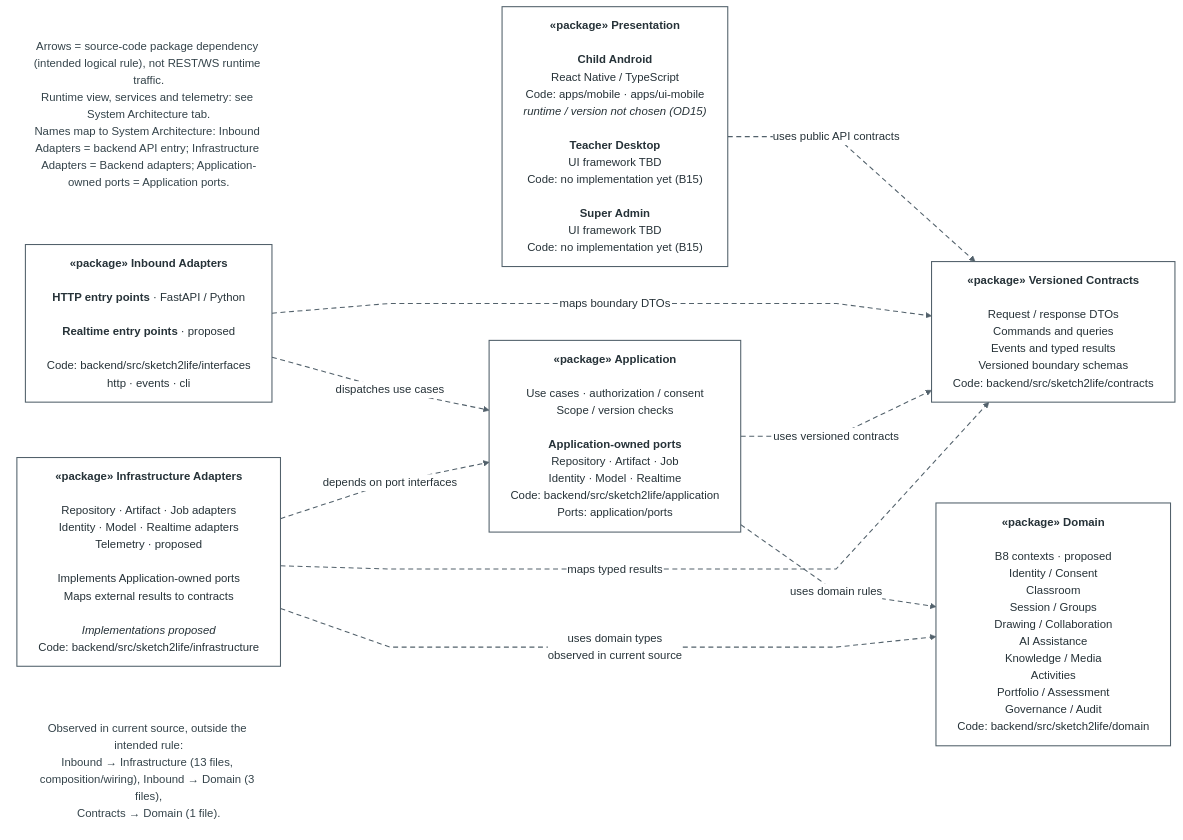
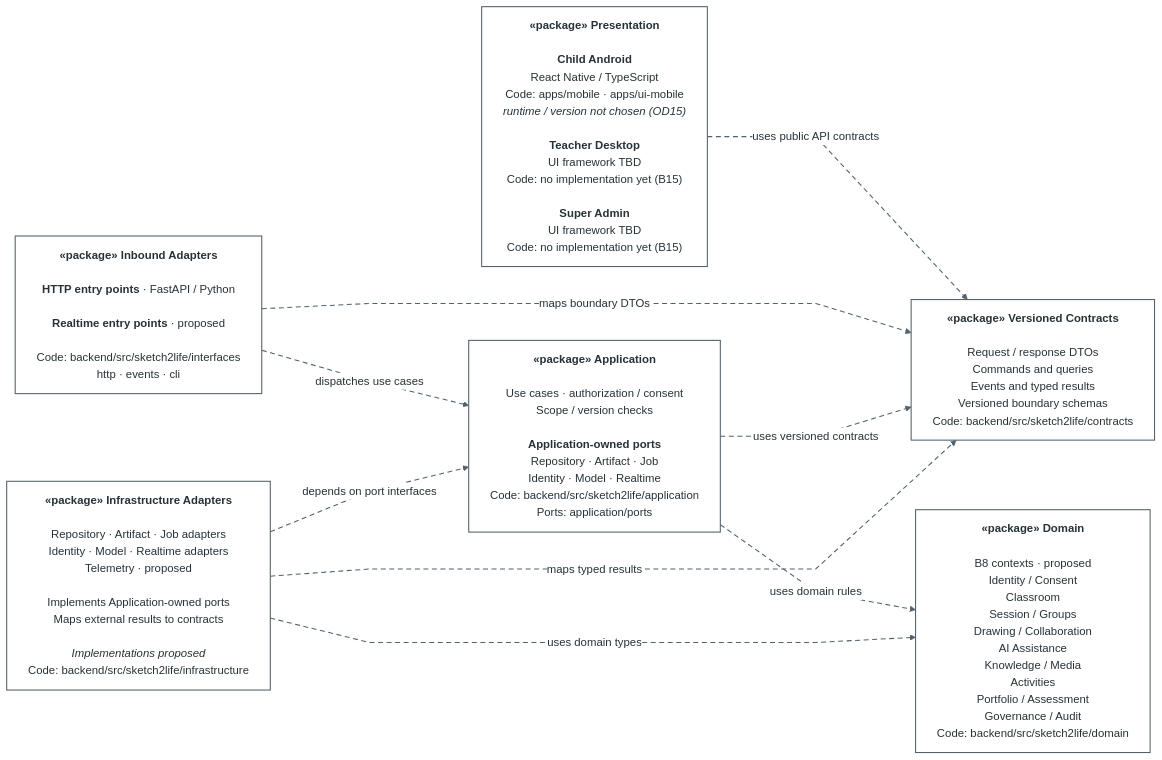
One commit to CaoDat-2410/Sketch2Life changed the diagram in features/FEAT-048-srs-diagram-pack/src/diagrams/package-diagram.mmd. Above: the diagram before and after it, drawn with Mermaid. The commit also changed 2 other files, not shown here.

Commit message:
docs(diagrams): remove standalone notes

```diff
--- a/features/FEAT-048-srs-diagram-pack/src/diagrams/package-diagram.mmd
+++ b/features/FEAT-048-srs-diagram-pack/src/diagrams/package-diagram.mmd
@@ -1,73 +1,67 @@
 ---
 config:
   theme: base
   look: classic
   flowchart:
     nodeSpacing: 60
     rankSpacing: 90
     curve: linear
     wrappingWidth: 340
   themeVariables:
     primaryColor: '#ffffff'
     primaryTextColor: '#263238'
     primaryBorderColor: '#ffffff'
     lineColor: '#52616b'
     clusterBkg: '#ffffff'
     clusterBorder: '#52616b'
     edgeLabelBackground: '#ffffff'
 ---
 %% Sketch2Life SRS v3.1 — Package Diagram, logical dependency view.
 %% SRS source: ../../../FEAT-029-master-srs/artifacts/Sketch2Life_Master_SRS.md ; B1.2/0.3, B3/B8/B15/B19.3, plus repository architecture layer/contract rules.
-%% Source register: collaborative-srs-v3-20261010. Intended logical rule plus one observed edge and an observed-deviation note.
+%% Source register: collaborative-srs-v3-20261010. Intended logical rule plus one source-observed edge; other observed deviations are excluded.
 %% Draw.io: https://drive.google.com/file/d/1j-_R792jh-I1nC5B7FHwGDm3-yixPB6x/view ; tab Package Diagram.
-%% Draw.io artifact SHA-256: da30beb20157b313b89d1f761e8db2d8f47e0a83a3ce90de9554c912dc928313; exact Drive readback verified 2026-10-24.
-%% Package page XML SHA-256: 50714aa3601f5f5ac66f1fe364a3396d1daa013a076ec7279b2d532c7f2aa465 (exact UTF-8 <diagram>...</diagram> fragment, excluding surrounding whitespace).
+%% Draw.io artifact SHA-256: 5fe0ff5a0a68d89ccd5be5e746456833d5cb5e50730a4849ca5295878151ff0e; exact Drive readback verified 2026-10-24T09:19:46.296Z; 166937 bytes.
+%% Package page XML SHA-256: 2b115983e2ca192da70d1dc9120faad340c7e6aee59c21c1e9452e95ae452528 (exact UTF-8 <diagram>...</diagram> fragment, excluding surrounding whitespace).
 %% Six packages; eight dependency signatures. Labeled package rectangles and flowchart arrow glyphs stand in for native UML folders/open dependencies.
 %% Every dashed open arrow is source-code package dependency, not REST/WS runtime traffic. No package-to-package realization is implied.
 %% Presentation relies on versioned public API contracts; this does not require shared compiled client/backend code.
 %% Domain has no dependency on UI, frameworks, providers, storage or contracts. Application owns its port interfaces.
-%% Infrastructure -> Domain is observed in current source (3 files); other observed deviations appear in the note node, not as edges.
+%% Infrastructure -> Domain is observed in current source (3 files); other observed deviations are excluded from this package view.
 %% The three product surfaces and Android React Native / TypeScript and FastAPI / Python facts are confirmed.
 %% Teacher/Admin frameworks remain TBD.
 %% Child Android, Teacher Desktop and Super Admin are confirmed surfaces. Teacher/Admin have no new implementation yet (B15).
 %% Child Android source contains apps/mobile (RN 0.87 skeleton) and apps/ui-mobile (Expo 52 / RN 0.76.9 demo); runtime/version choice remains open (OD15).
 %% B8 contexts, realtime entry points, telemetry and adapter implementations remain proposed.
 %% Contract boundary shapes are distinct from domain entities; provider/model responses must be mapped and validated.
 %% Runtime protocols, separate worker process, telemetry and provider/candidate choices remain in the System Architecture tab.
 %% Names map to System Architecture: Inbound Adapters = backend API entry; Infrastructure Adapters = Backend adapters; Application-owned ports = Application ports.
 
 flowchart LR
-    NOTE_READING["Arrows = source-code package dependency (intended logical rule), not REST/WS runtime traffic.<br/>Runtime view, services and telemetry: see System Architecture tab.<br/>Names map to System Architecture: Inbound Adapters = backend API entry; Infrastructure Adapters = Backend adapters; Application-owned ports = Application ports."]
-
     PRESENTATION["<b>«package» Presentation</b><br/><br/><b>Child Android</b><br/>React Native / TypeScript<br/><span style='color:#52616B;font-size:16px'>Code: apps/mobile · apps/ui-mobile</span><br/><i><span style='color:#52616B;font-size:16px'>runtime / version not chosen (OD15)</span></i><br/><br/><b>Teacher Desktop</b><br/>UI framework TBD<br/><span style='color:#52616B;font-size:16px'>Code: no implementation yet (B15)</span><br/><br/><b>Super Admin</b><br/>UI framework TBD<br/><span style='color:#52616B;font-size:16px'>Code: no implementation yet (B15)</span>"]
 
     INBOUND["<b>«package» Inbound Adapters</b><br/><br/><b>HTTP entry points</b> · FastAPI / Python<br/><br/><b>Realtime entry points</b> · proposed<br/><br/>Code: backend/src/sketch2life/interfaces<br/>http · events · cli"]
 
     APPLICATION["<b>«package» Application</b><br/><br/>Use cases · authorization / consent<br/>Scope / version checks<br/><br/><b>Application-owned ports</b><br/>Repository · Artifact · Job<br/>Identity · Model · Realtime<br/>Code: backend/src/sketch2life/application<br/>Ports: application/ports"]
 
     DOMAIN["<b>«package» Domain</b><br/><br/>B8 contexts · proposed<br/>Identity / Consent<br/>Classroom<br/>Session / Groups<br/>Drawing / Collaboration<br/>AI Assistance<br/>Knowledge / Media<br/>Activities<br/>Portfolio / Assessment<br/>Governance / Audit<br/>Code: backend/src/sketch2life/domain"]
 
     CONTRACTS["<b>«package» Versioned Contracts</b><br/><br/>Request / response DTOs<br/>Commands and queries<br/>Events and typed results<br/>Versioned boundary schemas<br/>Code: backend/src/sketch2life/contracts"]
 
     INFRASTRUCTURE["<b>«package» Infrastructure Adapters</b><br/><br/>Repository · Artifact · Job adapters<br/>Identity · Model · Realtime adapters<br/>Telemetry · proposed<br/><br/>Implements Application-owned ports<br/>Maps external results to contracts<br/><br/><i>Implementations proposed</i><br/>Code: backend/src/sketch2life/infrastructure"]
 
-    NOTE_OBSERVED["Observed in current source, outside the intended rule:<br/>Inbound → Infrastructure (13 files, composition/wiring), Inbound → Domain (3 files),<br/>Contracts → Domain (1 file)."]
-
     PRESENTATION -.->|uses public API contracts| CONTRACTS
     INBOUND -.->|dispatches use cases| APPLICATION
     INBOUND -.->|maps boundary DTOs| CONTRACTS
     APPLICATION -.->|uses domain rules| DOMAIN
     APPLICATION -.->|uses versioned contracts| CONTRACTS
     INFRASTRUCTURE -.->|depends on port interfaces| APPLICATION
     INFRASTRUCTURE -.->|maps typed results| CONTRACTS
-    INFRASTRUCTURE -.->|"uses domain types<br/>observed in current source"| DOMAIN
+    INFRASTRUCTURE -.->|"uses domain types"| DOMAIN
 
     style PRESENTATION fill:#ffffff,stroke:#52616b,stroke-width:1.5px,color:#263238;
     style INBOUND fill:#ffffff,stroke:#52616b,stroke-width:1.5px,color:#263238;
     style APPLICATION fill:#ffffff,stroke:#52616b,stroke-width:1.5px,color:#263238;
     style DOMAIN fill:#ffffff,stroke:#52616b,stroke-width:1.5px,color:#263238;
     style CONTRACTS fill:#ffffff,stroke:#52616b,stroke-width:1.5px,color:#263238;
     style INFRASTRUCTURE fill:#ffffff,stroke:#52616b,stroke-width:1.5px,color:#263238;
-    style NOTE_READING fill:#ffffff,stroke:#ffffff,color:#34434a;
-    style NOTE_OBSERVED fill:#ffffff,stroke:#ffffff,color:#34434a;
     linkStyle default stroke:#52616b,stroke-width:1.5px,stroke-dasharray:7 5;
```
